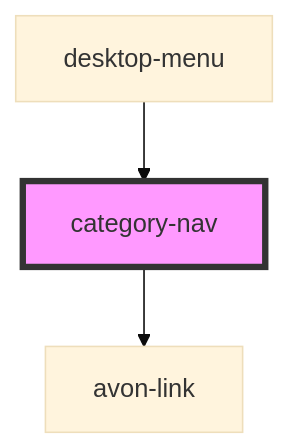
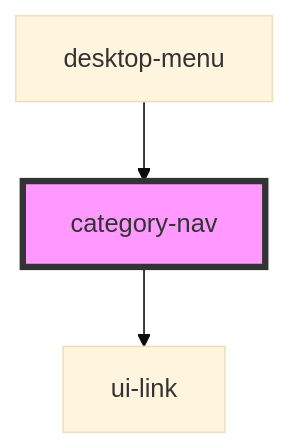
Before and after one commit to ankitghanekar-hcl/ui-shared-web-components: the diagram in src/components/avon-header/category-nav/readme.md, drawn with Mermaid (base theme). The commit also changed other lines of this file and 33 other files, not shown here.

````diff
--- a/src/components/avon-header/category-nav/readme.md
+++ b/src/components/avon-header/category-nav/readme.md
@@ -23,6 +23,6 @@
 ```mermaid
 graph TD;
-  category-nav --> avon-link
+  category-nav --> ui-link
   desktop-menu --> category-nav
   style category-nav fill:#f9f,stroke:#333,stroke-width:4px
 ```
````
